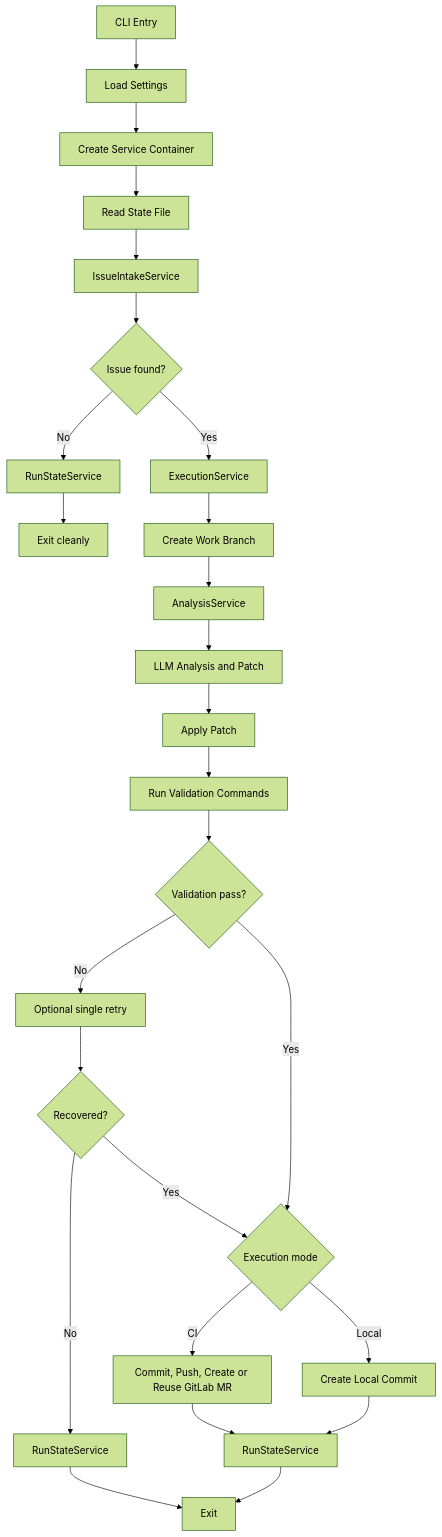
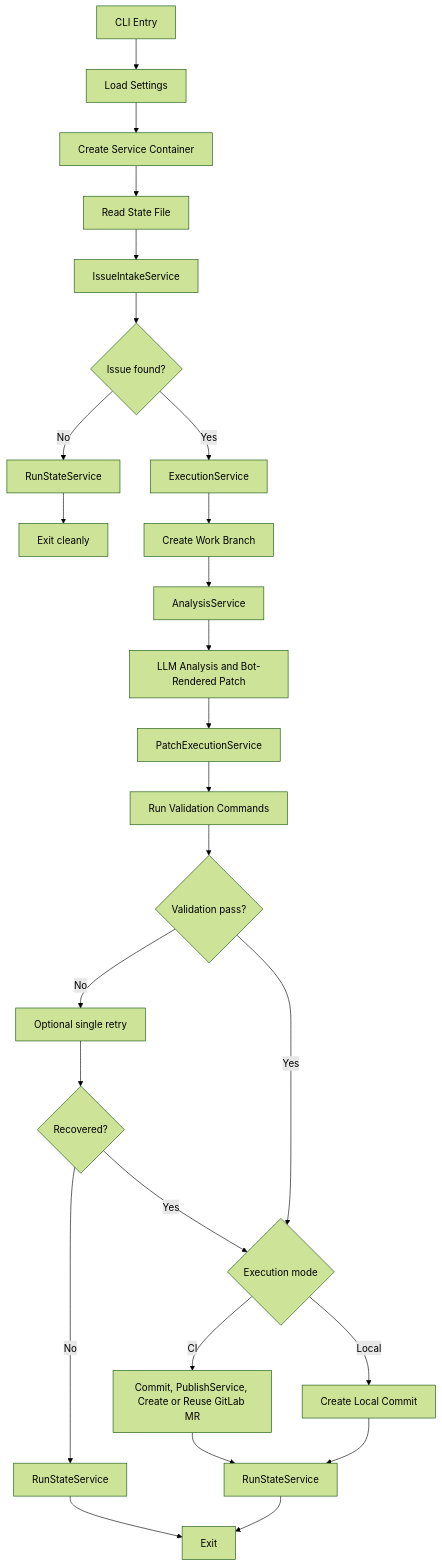
The first of 2 diagrams in docs/technical-design.md (JustinMelger/ZeroOne-ops), drawn with Mermaid (forest theme) before and after one commit. The commit also changed other lines of this file and 6 other files, not shown here.

````diff
--- a/docs/technical-design.md
+++ b/docs/technical-design.md
@@ -126,28 +128,28 @@
 ```mermaid
 flowchart TD
     A[CLI Entry] --> B[Load Settings]
     B --> C[Create Service Container]
     C --> D[Read State File]
     D --> E[IssueIntakeService]
     E --> F{Issue found?}
     F -- No --> G[RunStateService]
     G --> H[Exit cleanly]
     F -- Yes --> I[ExecutionService]
     I --> J[Create Work Branch]
     J --> K[AnalysisService]
-    K --> L[LLM Analysis and Patch]
-    L --> M[Apply Patch]
+    K --> L[LLM Analysis and Bot-Rendered Patch]
+    L --> M[PatchExecutionService]
     M --> N[Run Validation Commands]
     N --> O{Validation pass?}
     O -- No --> P[Optional single retry]
     P --> Q{Recovered?}
     Q -- No --> R[RunStateService]
     O -- Yes --> S{Execution mode}
     Q -- Yes --> S
-    S -- CI --> T[Commit, Push, Create or Reuse GitLab MR]
+    S -- CI --> T[Commit, PublishService, Create or Reuse GitLab MR]
     S -- Local --> U[Create Local Commit]
     T --> V[RunStateService]
     U --> V
     R --> W[Exit]
     V --> W
 ```
````
